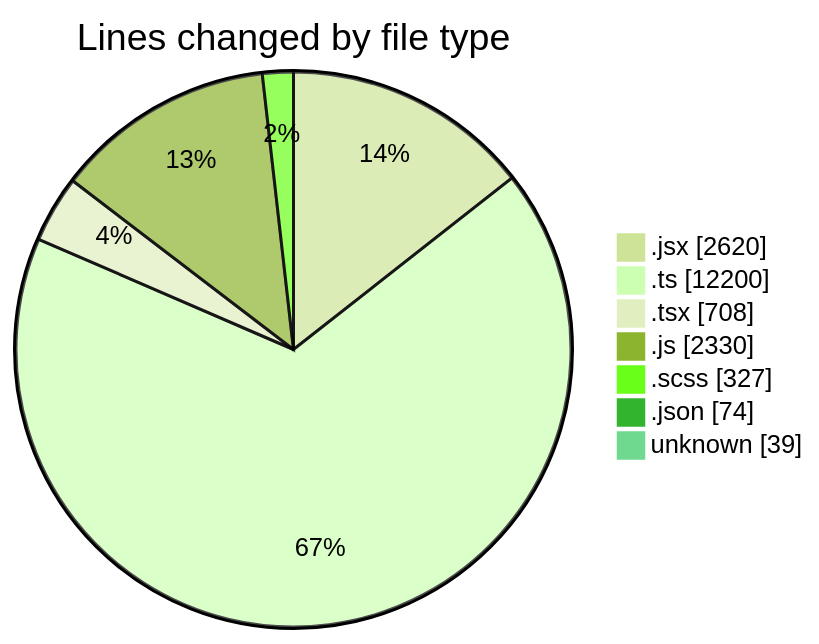
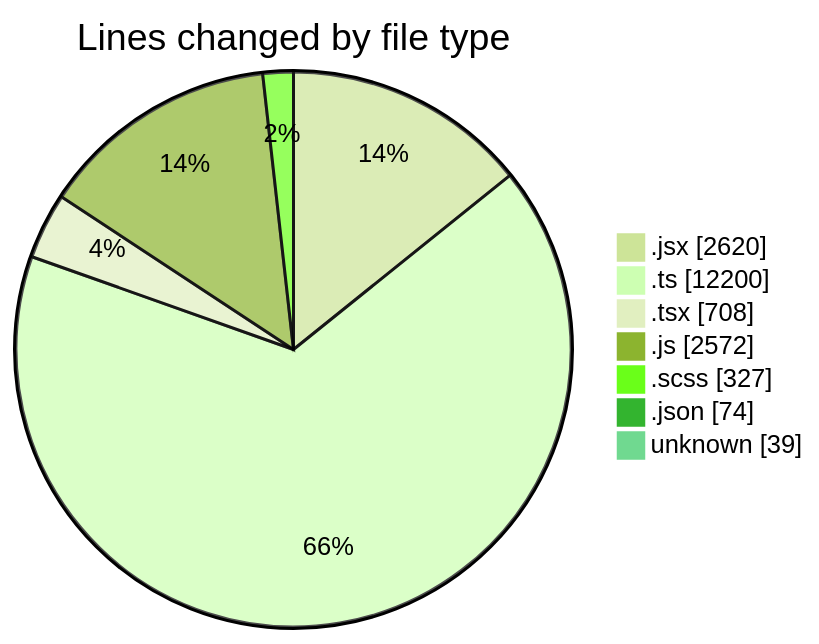
Before and after one commit to momahboobian/code-tracking: the first of 2 diagrams in 2025-06-05/cda/README.md, drawn with Mermaid (forest theme). The commit also changed other lines of this file and 1 other file, not shown here.

````diff
--- a/2025-06-05/cda/README.md
+++ b/2025-06-05/cda/README.md
@@ -52,11 +54,11 @@
 ```mermaid
 pie showData
 title Lines changed by file type
 ".jsx" : 2620
 ".ts" : 12200
 ".tsx" : 708
-".js" : 2330
+".js" : 2572
 ".scss" : 327
 ".json" : 74
 "unknown" : 39
 ```
````
